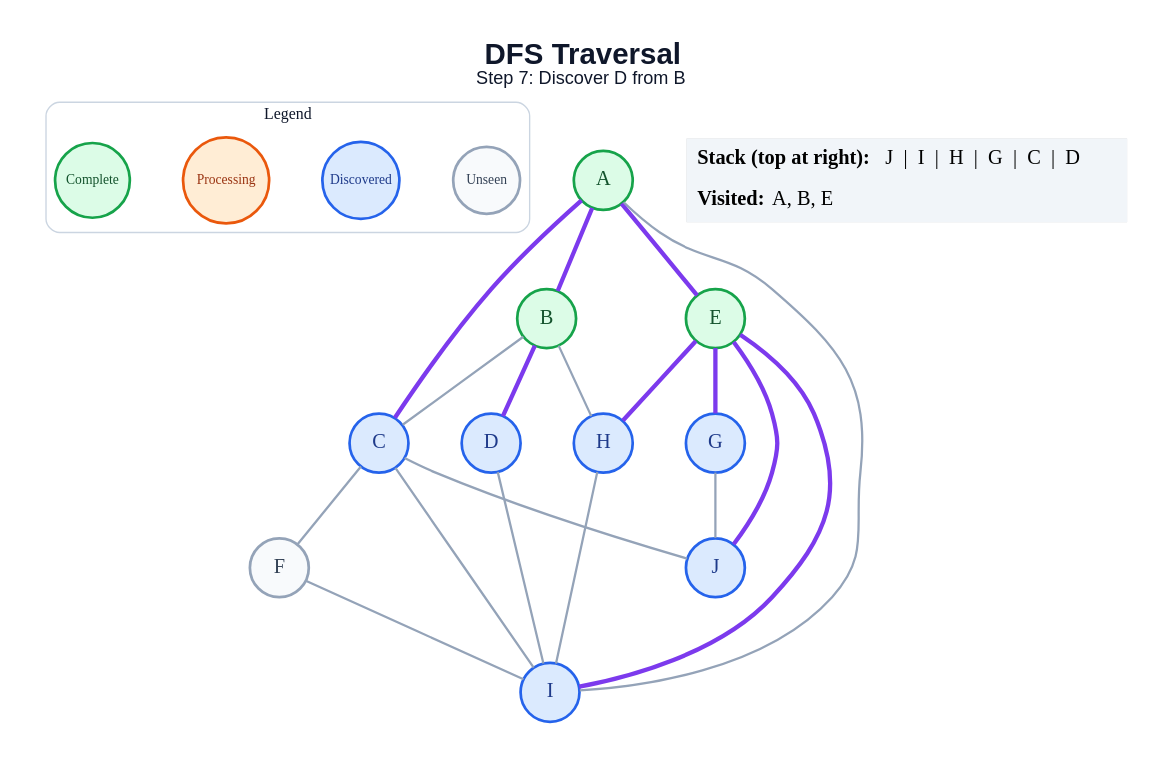
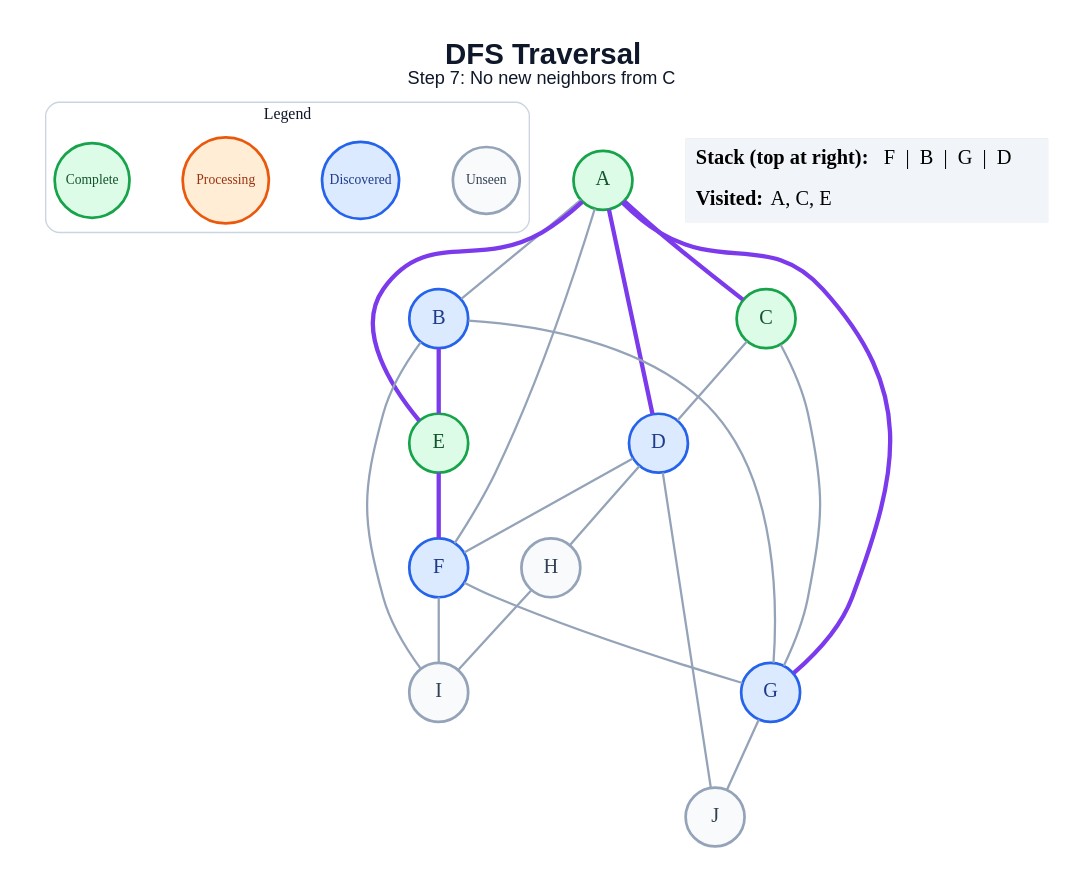
One commit to amanghodawala9/ai-slop changed the diagram in generated/specific-node/dfs/step_07.dot. Above: the diagram before and after it, drawn with Graphviz. The commit also changed 178 other files, not shown here.

```diff
--- a/generated/specific-node/dfs/step_07.dot
+++ b/generated/specific-node/dfs/step_07.dot
@@ -1,47 +1,48 @@
 graph traversal {
   graph [layout=dot, rankdir=TB, bgcolor="#FFFFFF", pad="0.35", nodesep="0.65", ranksep="0.8", fontname="Arial"];
   node [shape=circle, style="filled", fontname="Arial Bold", fontsize=18, width=0.72, fixedsize=true, penwidth=2.4];
   edge [color="#94A3B8", penwidth=2.0];
-  label=<<B>DFS Traversal</B><BR/><FONT POINT-SIZE="16">Step 7: Discover D from B</FONT>>; labelloc="t"; fontsize=26; fontname="Arial"; fontcolor="#0F172A";
+  label=<<B>DFS Traversal</B><BR/><FONT POINT-SIZE="16">Step 7: No new neighbors from C</FONT>>; labelloc="t"; fontsize=26; fontname="Arial"; fontcolor="#0F172A";
   subgraph cluster_legend { label="Legend"; color="#CBD5E1"; penwidth=1.2; style="rounded"; fontsize=14; fontname="Arial Bold";
     key_unseen [label="Unseen", fillcolor="#F8FAFC", color="#94A3B8", fontcolor="#334155", fontsize=12, width=0.82];
     key_frontier [label="Discovered", fillcolor="#DBEAFE", color="#2563EB", fontcolor="#1E3A8A", fontsize=12, width=0.95];
     key_current [label="Processing", fillcolor="#FFEDD5", color="#EA580C", fontcolor="#9A3412", fontsize=12, width=1.05];
     key_done [label="Complete", fillcolor="#DCFCE7", color="#16A34A", fontcolor="#14532D", fontsize=12, width=0.92];
     { rank=same; key_unseen; key_frontier; key_current; key_done; }
   }
   A [fillcolor="#DCFCE7", color="#16A34A", fontcolor="#14532D"];
-  B [fillcolor="#DCFCE7", color="#16A34A", fontcolor="#14532D"];
-  C [fillcolor="#DBEAFE", color="#2563EB", fontcolor="#1E3A8A"];
+  B [fillcolor="#DBEAFE", color="#2563EB", fontcolor="#1E3A8A"];
+  C [fillcolor="#DCFCE7", color="#16A34A", fontcolor="#14532D"];
   D [fillcolor="#DBEAFE", color="#2563EB", fontcolor="#1E3A8A"];
   E [fillcolor="#DCFCE7", color="#16A34A", fontcolor="#14532D"];
-  F [fillcolor="#F8FAFC", color="#94A3B8", fontcolor="#334155"];
+  F [fillcolor="#DBEAFE", color="#2563EB", fontcolor="#1E3A8A"];
   G [fillcolor="#DBEAFE", color="#2563EB", fontcolor="#1E3A8A"];
-  H [fillcolor="#DBEAFE", color="#2563EB", fontcolor="#1E3A8A"];
-  I [fillcolor="#DBEAFE", color="#2563EB", fontcolor="#1E3A8A"];
-  J [fillcolor="#DBEAFE", color="#2563EB", fontcolor="#1E3A8A"];
-  A -- B [color="#7C3AED", penwidth=3.8];
+  H [fillcolor="#F8FAFC", color="#94A3B8", fontcolor="#334155"];
+  I [fillcolor="#F8FAFC", color="#94A3B8", fontcolor="#334155"];
+  J [fillcolor="#F8FAFC", color="#94A3B8", fontcolor="#334155"];
+  A -- B;
   A -- C [color="#7C3AED", penwidth=3.8];
+  A -- D [color="#7C3AED", penwidth=3.8];
   A -- E [color="#7C3AED", penwidth=3.8];
-  A -- I;
-  B -- C;
-  B -- D [color="#7C3AED", penwidth=3.8];
-  B -- H;
-  C -- F;
-  C -- I;
-  C -- J;
-  D -- I;
-  E -- G [color="#7C3AED", penwidth=3.8];
-  E -- H [color="#7C3AED", penwidth=3.8];
-  E -- I [color="#7C3AED", penwidth=3.8];
-  E -- J [color="#7C3AED", penwidth=3.8];
+  A -- F;
+  A -- G [color="#7C3AED", penwidth=3.8];
+  B -- E [color="#7C3AED", penwidth=3.8];
+  B -- G;
+  B -- I;
+  C -- D;
+  C -- G;
+  D -- F;
+  D -- H;
+  D -- J;
+  E -- F [color="#7C3AED", penwidth=3.8];
+  F -- G;
   F -- I;
   G -- J;
   H -- I;
   status [shape=plain, fixedsize=false, width=0, height=0, margin=0, label=<
     <TABLE BORDER="0" CELLBORDER="0" CELLPADDING="7" BGCOLOR="#F1F5F9">
-      <TR><TD ALIGN="LEFT"><B>Stack (top at right):</B> J  |  I  |  H  |  G  |  C  |  D</TD></TR>
-      <TR><TD ALIGN="LEFT"><B>Visited:</B> A, B, E</TD></TR>
+      <TR><TD ALIGN="LEFT"><B>Stack (top at right):</B> F  |  B  |  G  |  D</TD></TR>
+      <TR><TD ALIGN="LEFT"><B>Visited:</B> A, C, E</TD></TR>
     </TABLE>
   >];
 }
```
